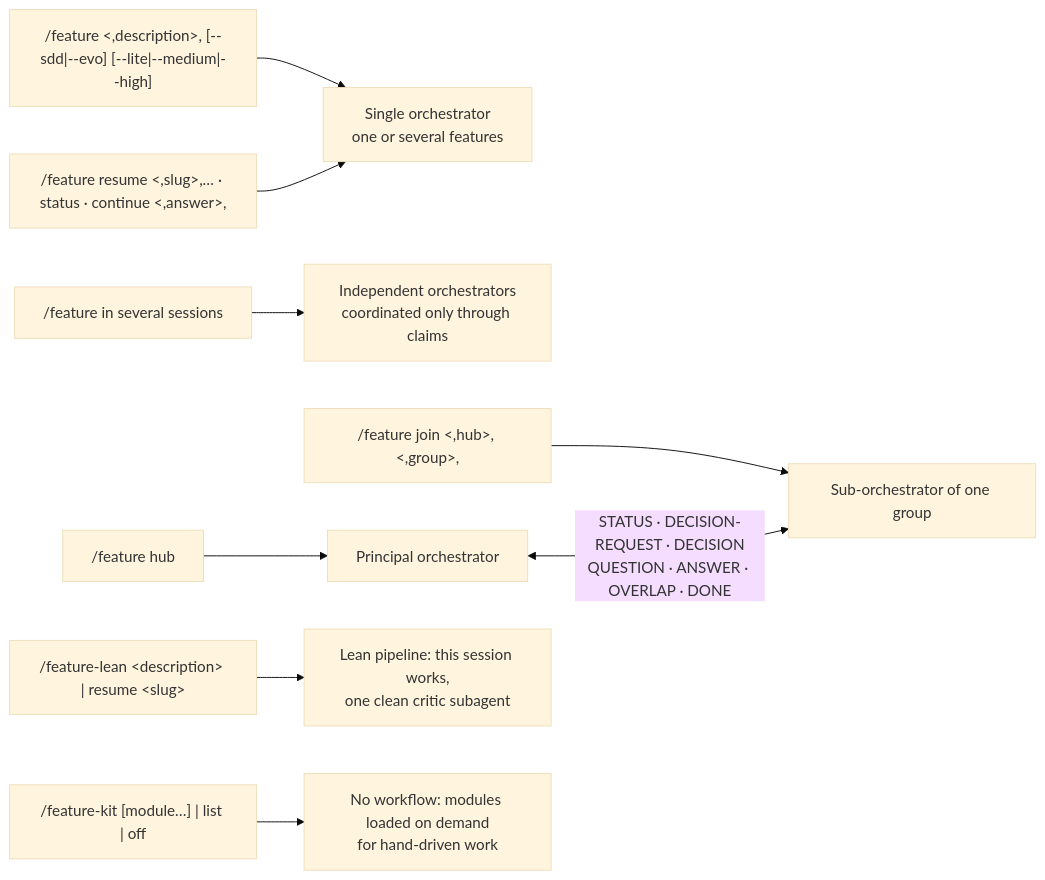
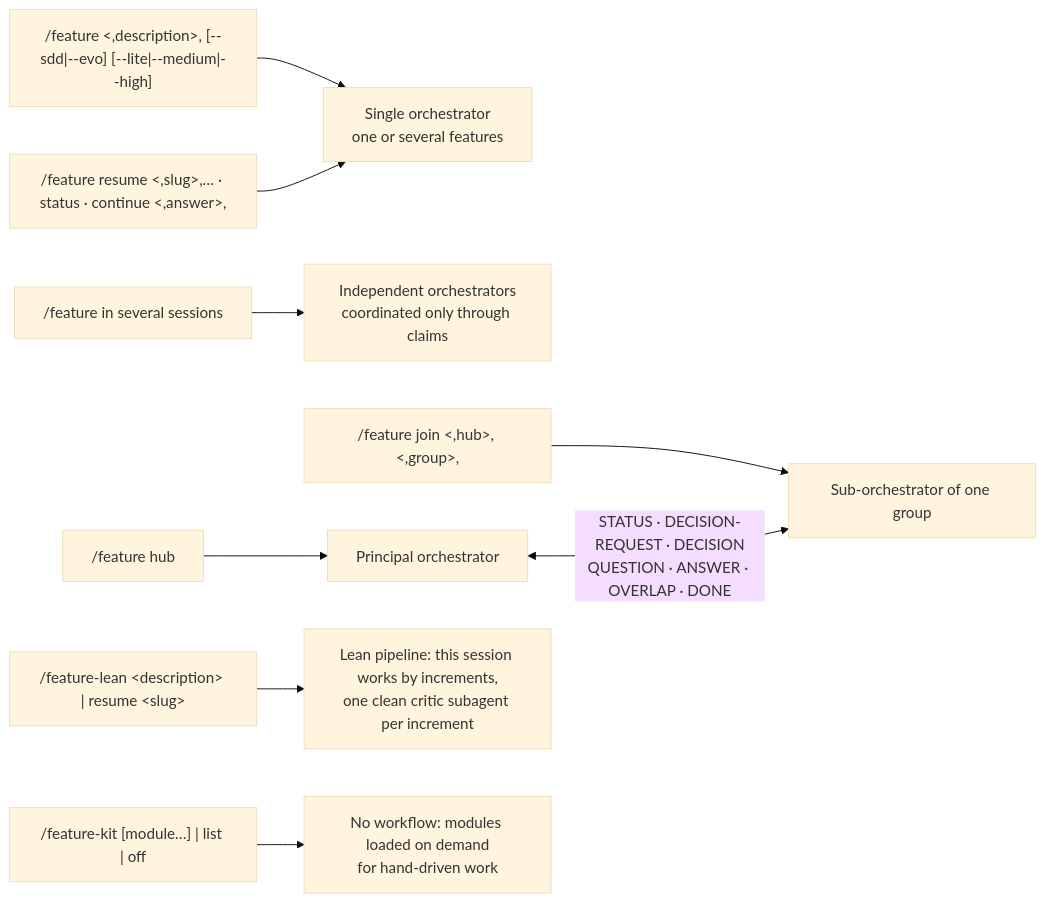
One commit to mariopedemonte12/claude-feature-workflow changed the second of 11 diagrams in docs/architecture.md. Above: the diagram before and after it, drawn with Mermaid (base theme). The commit also changed other lines of this file and 9 other files, not shown here.

````diff
--- a/docs/architecture.md
+++ b/docs/architecture.md
@@ -84,11 +84,11 @@
 ```mermaid
 flowchart LR
     C1["/feature &lt,description&gt, [--sdd|--evo] [--lite|--medium|--high]"] --> M1["Single orchestrator<br/>one or several features"]
     C2["/feature resume &lt,slug&gt,… · status · continue &lt,answer&gt,"] --> M1
     C3["/feature in several sessions"] --> M2["Independent orchestrators<br/>coordinated only through claims"]
     C4["/feature hub"] --> M3["Principal orchestrator"]
     C5["/feature join &lt,hub&gt, &lt,group&gt,"] --> M4["Sub-orchestrator of one group"]
     M3 <-->|"STATUS · DECISION-REQUEST · DECISION<br/>QUESTION · ANSWER · OVERLAP · DONE"| M4
-    C7["/feature-lean &lt;description&gt; | resume &lt;slug&gt;"] --> M6["Lean pipeline: this session works,<br/>one clean critic subagent"]
+    C7["/feature-lean &lt;description&gt; | resume &lt;slug&gt;"] --> M6["Lean pipeline: this session works by increments,<br/>one clean critic subagent per increment"]
     C6["/feature-kit [module…] | list | off"] --> M5["No workflow: modules loaded on demand<br/>for hand-driven work"]
 ```
````
